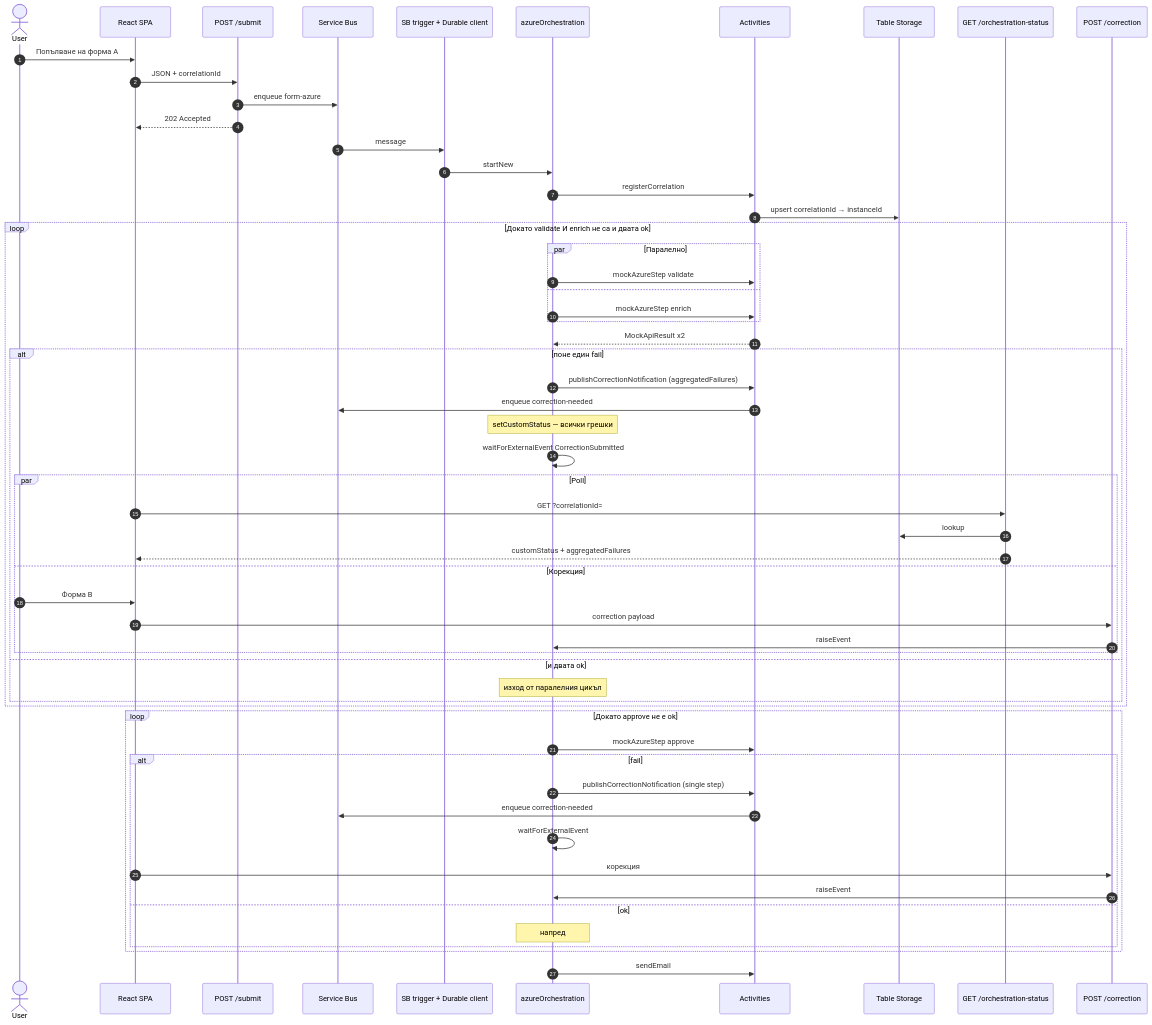
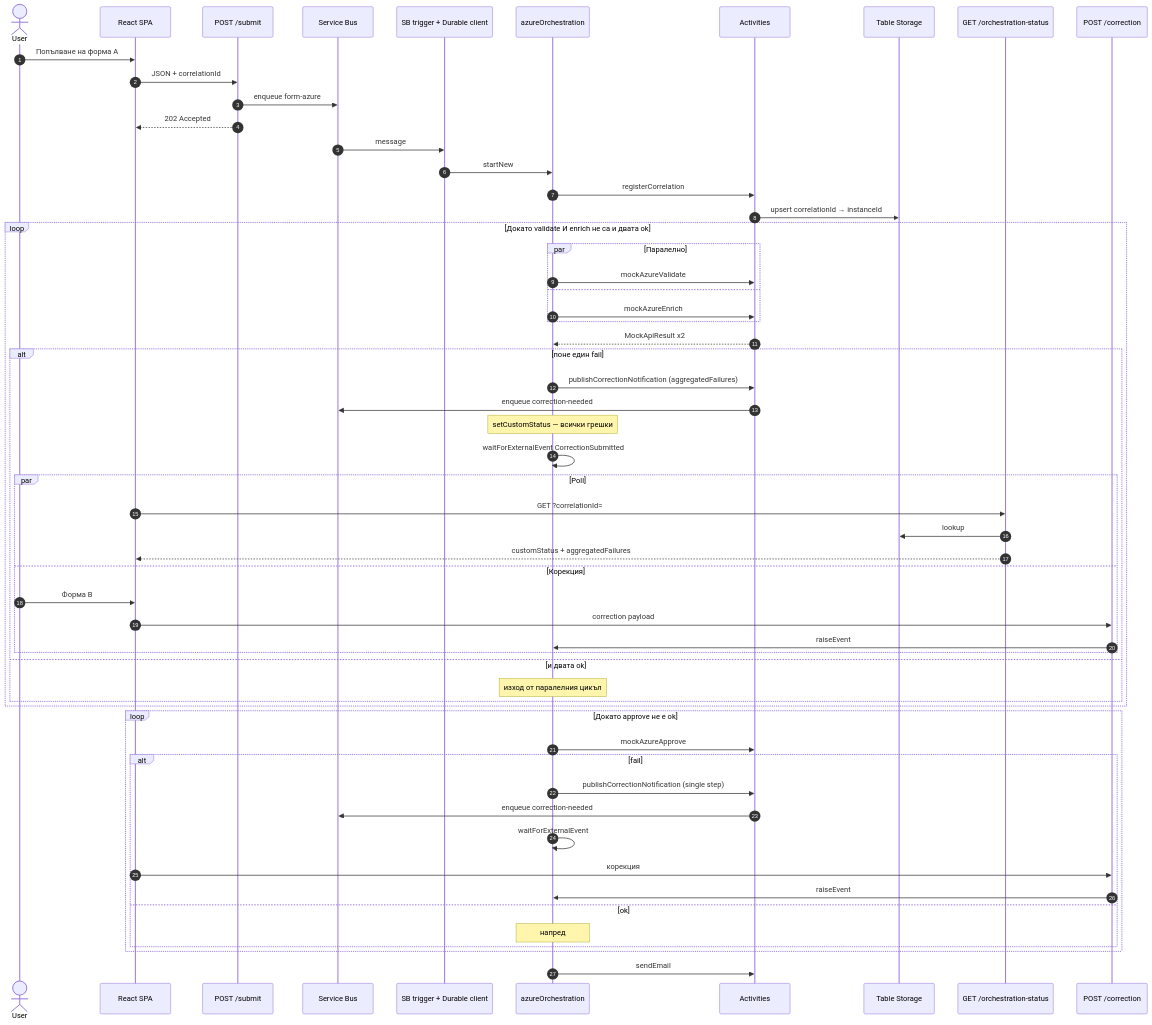
One commit to nikolay-angeloff/durable-functions-poc changed the third of 3 diagrams in docs/azure-orchestration.md. Above: the diagram before and after it, drawn with Mermaid. The commit also changed other lines of this file and 13 other files, not shown here.

````diff
--- a/docs/azure-orchestration.md
+++ b/docs/azure-orchestration.md
@@ -118,64 +118,64 @@
 ```mermaid
 sequenceDiagram
   autonumber
   actor User
   participant SPA as React SPA
   participant Submit as POST /submit
   participant SB as Service Bus
   participant Trig as SB trigger + Durable client
   participant Orch as azureOrchestration
   participant Act as Activities
   participant T as Table Storage
   participant Status as GET /orchestration-status
   participant Fix as POST /correction
 
   User->>SPA: Попълване на форма A
   SPA->>Submit: JSON + correlationId
   Submit->>SB: enqueue form-azure
   Submit-->>SPA: 202 Accepted
   SB->>Trig: message
   Trig->>Orch: startNew
   Orch->>Act: registerCorrelation
   Act->>T: upsert correlationId → instanceId
 
   loop Докато validate И enrich не са и двата ok
     par Паралелно
-      Orch->>Act: mockAzureStep validate
+      Orch->>Act: mockAzureValidate
       And
-      Orch->>Act: mockAzureStep enrich
+      Orch->>Act: mockAzureEnrich
     end
     Act-->>Orch: MockApiResult x2
     alt поне един fail
       Orch->>Act: publishCorrectionNotification (aggregatedFailures)
       Act->>SB: enqueue correction-needed
       Note over Orch: setCustomStatus — всички грешки
       Orch->>Orch: waitForExternalEvent CorrectionSubmitted
       par Poll
         SPA->>Status: GET ?correlationId=
         Status->>T: lookup
         Status-->>SPA: customStatus + aggregatedFailures
       and Корекция
         User->>SPA: Форма B
         SPA->>Fix: correction payload
         Fix->>Orch: raiseEvent
       end
     else и двата ok
       Note over Orch: изход от паралелния цикъл
     end
   end
 
   loop Докато approve не е ok
-    Orch->>Act: mockAzureStep approve
+    Orch->>Act: mockAzureApprove
     alt fail
       Orch->>Act: publishCorrectionNotification (single step)
       Act->>SB: enqueue correction-needed
       Orch->>Orch: waitForExternalEvent
       SPA->>Fix: корекция
       Fix->>Orch: raiseEvent
     else ok
       Note over Orch: напред
     end
   end
 
   Orch->>Act: sendEmail
 ```
````
